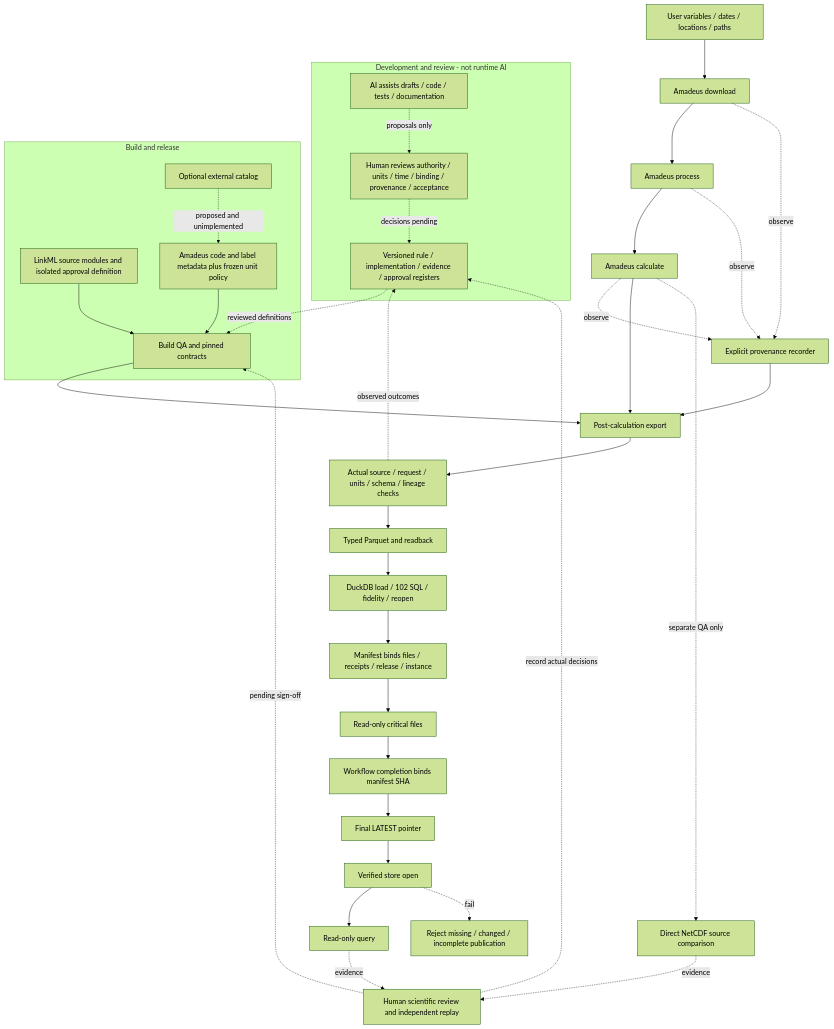
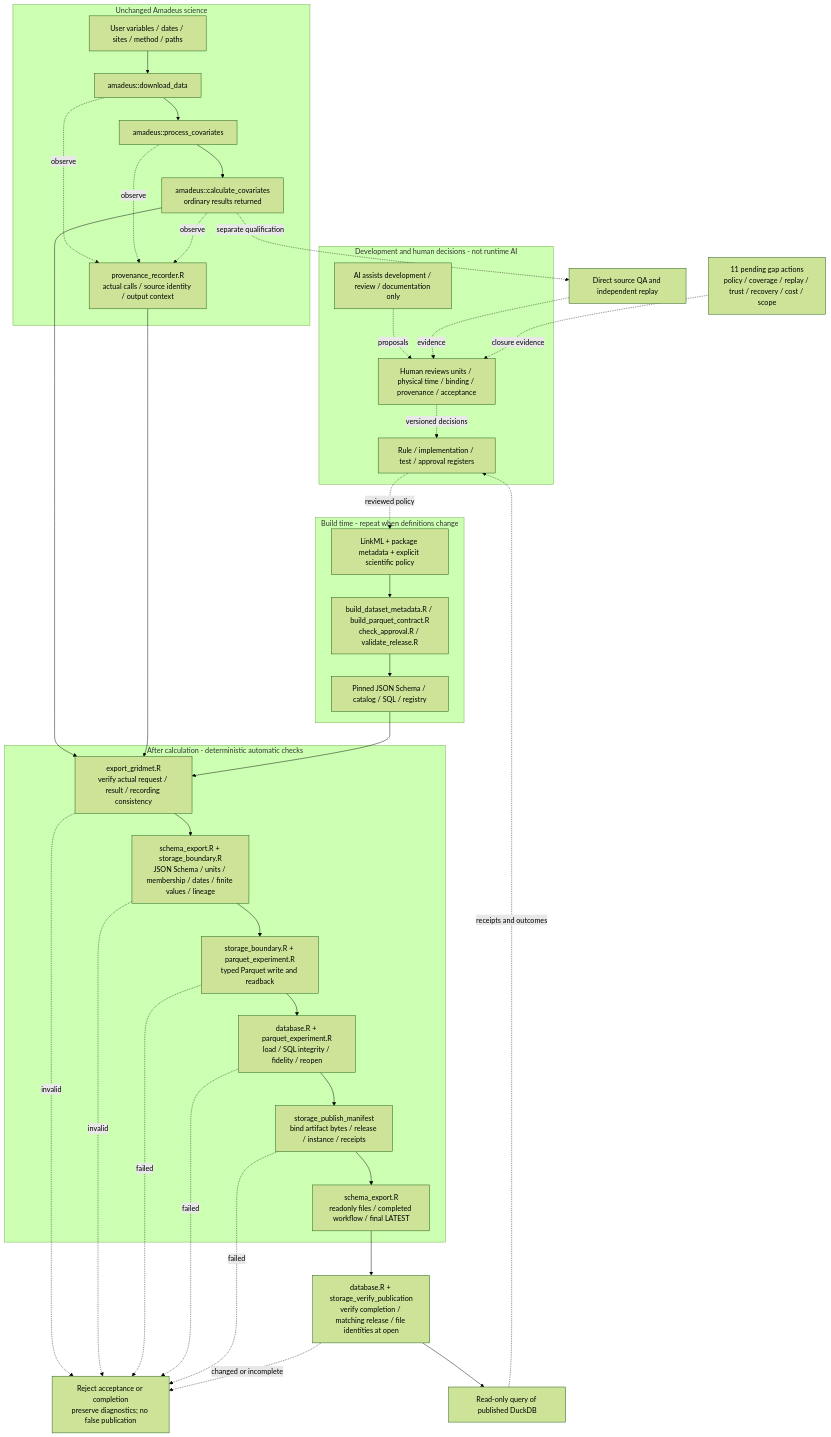
One commit to NIEHS/amadeus changed the diagram in tools/schema-integration/gridmet-storage-boundary/review-materials/workflow-complete.mmd. Above: the diagram before and after it, drawn with Mermaid (forest theme). The commit also changed 15 other files, not shown here.

Commit message:
Document storage-boundary R workflow and gap qualification plan

```diff
--- a/tools/schema-integration/gridmet-storage-boundary/review-materials/workflow-complete.mmd
+++ b/tools/schema-integration/gridmet-storage-boundary/review-materials/workflow-complete.mmd
@@ -1,36 +1,40 @@
 flowchart TD
- subgraph GOVERNANCE[Development and review - not runtime AI]
- AI[AI assists drafts / code / tests / documentation] -. proposals only .-> HD[Human reviews authority / units / time / binding / provenance / acceptance]
- HD -. decisions pending .-> RG[Versioned rule / implementation / evidence / approval registers]
+ subgraph DEV[Development and human decisions - not runtime AI]
+ AI["AI assists development / review / documentation only"] -. proposals .-> H["Human reviews units / physical time / binding / provenance / acceptance"]
+ H -. versioned decisions .-> REG["Rule / implementation / test / approval registers"]
  end
- subgraph BUILD[Build and release]
- Y[LinkML source modules and isolated approval definition] --> B[Build QA and pinned contracts]
- A[Amadeus code and label metadata plus frozen unit policy] --> B
- X[Optional external catalog] -. proposed and unimplemented .-> A
+ subgraph BUILD[Build time - repeat when definitions change]
+ LM["LinkML + package metadata + explicit scientific policy"] --> B["build_dataset_metadata.R / build_parquet_contract.R<br/>check_approval.R / validate_release.R"]
+ B --> PIN["Pinned JSON Schema / catalog / SQL / registry"]
  end
- RG -. reviewed definitions .-> B
- U[User variables / dates / locations / paths] --> DL[Amadeus download]
- DL --> PR[Amadeus process]
- PR --> CA[Amadeus calculate]
- DL -. observe .-> RC[Explicit provenance recorder]
- PR -. observe .-> RC
- CA -. observe .-> RC
- CA --> EX[Post-calculation export]
- RC --> EX
- B --> EX
- EX --> V[Actual source / request / units / schema / lineage checks]
- V -. observed outcomes .-> RG
- V --> PQ[Typed Parquet and readback]
- PQ --> DB[DuckDB load / 102 SQL / fidelity / reopen]
- DB --> MF[Manifest binds files / receipts / release / instance]
- MF --> RO[Read-only critical files]
- RO --> WF[Workflow completion binds manifest SHA]
- WF --> LP[Final LATEST pointer]
- LP --> OP[Verified store open]
- OP --> Q[Read-only query]
- OP -. fail .-> REJ[Reject missing / changed / incomplete publication]
- CA -. separate QA only .-> CF[Direct NetCDF source comparison]
- Q -. evidence .-> HR[Human scientific review and independent replay]
- CF -. evidence .-> HR
- HR -. record actual decisions .-> RG
- HR -. pending sign-off .-> B
+ REG -. reviewed policy .-> LM
+ subgraph SCI[Unchanged Amadeus science]
+ U["User variables / dates / sites / method / paths"] --> DL["amadeus::download_data"]
+ DL --> PR["amadeus::process_covariates"]
+ PR --> CA["amadeus::calculate_covariates<br/>ordinary results returned"]
+ DL -. observe .-> REC["provenance_recorder.R<br/>actual calls / source identity / output context"]
+ PR -. observe .-> REC
+ CA -. observe .-> REC
+ end
+ subgraph BOUNDARY[After calculation - deterministic automatic checks]
+ EX["export_gridmet.R<br/>verify actual request / result / recording consistency"] --> V["schema_export.R + storage_boundary.R<br/>JSON Schema / units / membership / dates / finite values / lineage"]
+ V --> PQ["storage_boundary.R + parquet_experiment.R<br/>typed Parquet write and readback"]
+ PQ --> DB["database.R + parquet_experiment.R<br/>load / SQL integrity / fidelity / reopen"]
+ DB --> MF["storage_publish_manifest<br/>bind artifact bytes / release / instance / receipts"]
+ MF --> WF["schema_export.R<br/>readonly files / completed workflow / final LATEST"]
+ end
+ CA --> EX
+ REC --> EX
+ PIN --> EX
+ EX -. invalid .-> REJ["Reject acceptance or completion<br/>preserve diagnostics; no false publication"]
+ V -. invalid .-> REJ
+ PQ -. failed .-> REJ
+ DB -. failed .-> REJ
+ MF -. failed .-> REJ
+ WF --> OPEN["database.R + storage_verify_publication<br/>verify completion / matching release / file identities at open"]
+ OPEN --> Q["Read-only query of published DuckDB"]
+ OPEN -. changed or incomplete .-> REJ
+ CA -. separate qualification .-> QA["Direct source QA and independent replay"]
+ Q -. receipts and outcomes .-> REG
+ QA -. evidence .-> H
+ GAP["11 pending gap actions<br/>policy / coverage / replay / trust / recovery / cost / scope"] -. closure evidence .-> H
```
